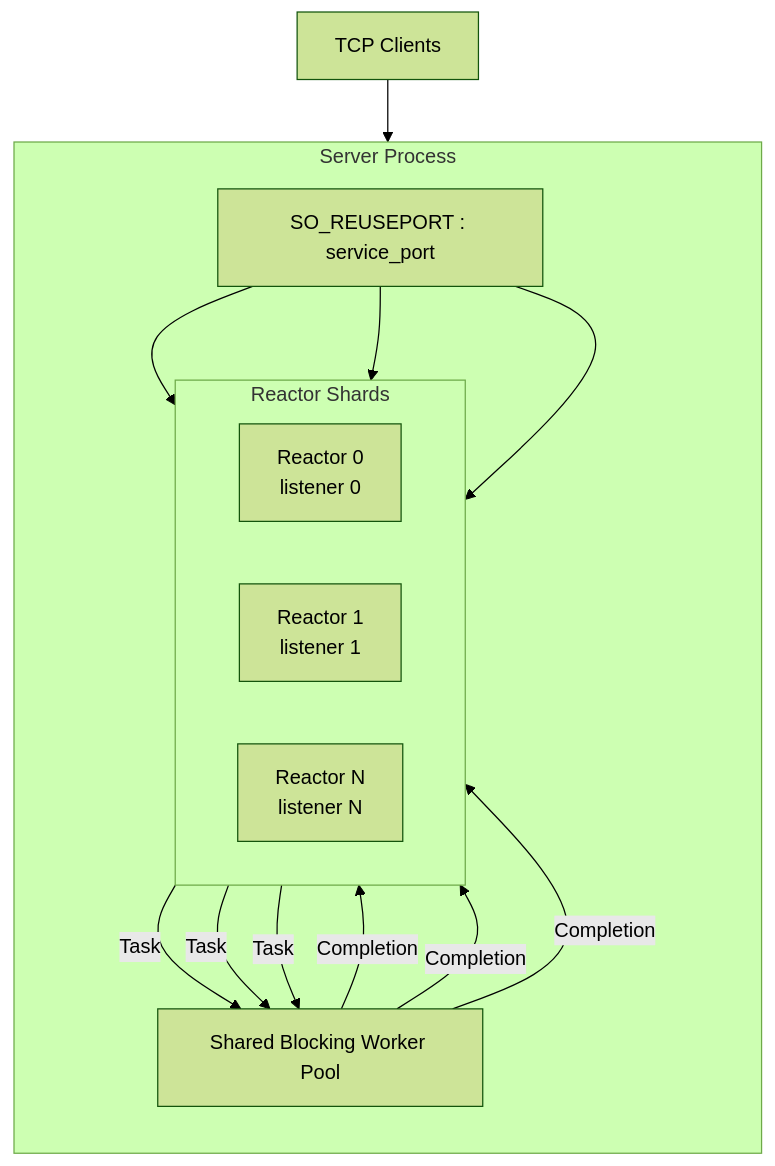
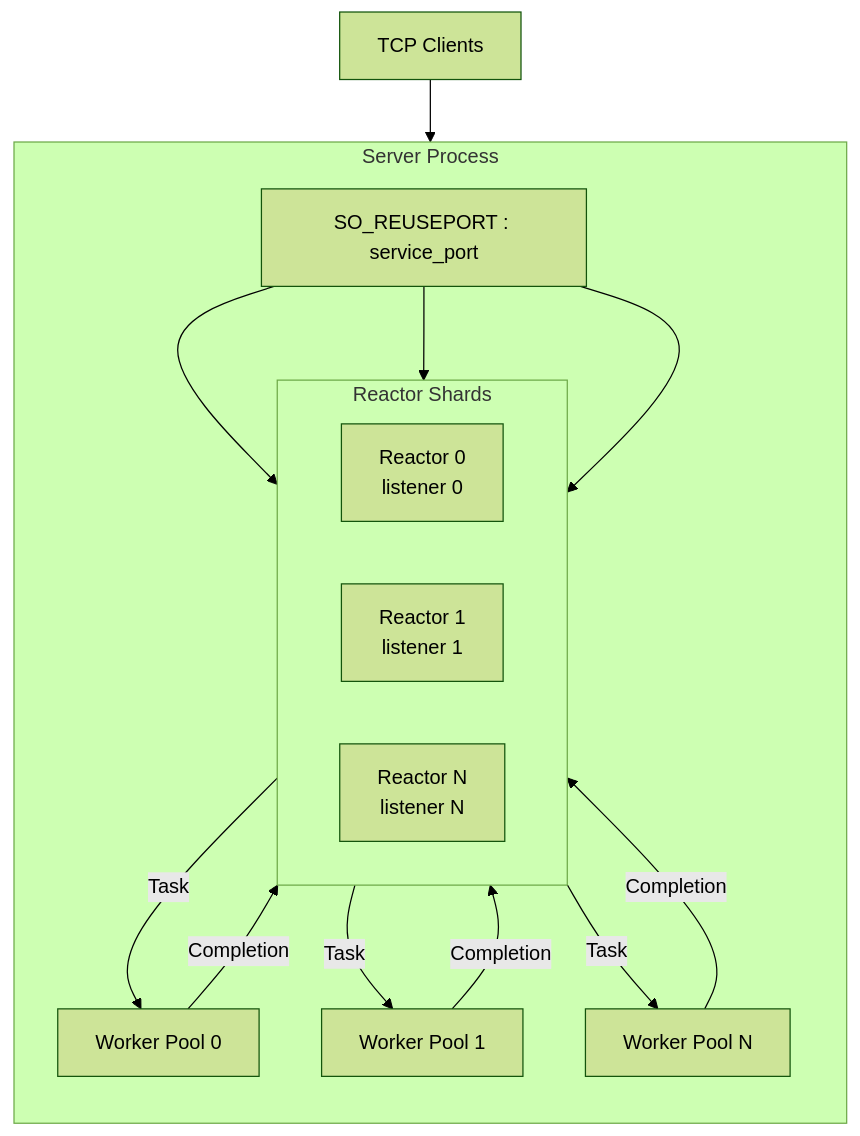
Before and after one commit to MyBlackHole/c-trpc: the second of 3 diagrams in docs/architecture/00-overview.md, drawn with Mermaid (forest theme). The commit also changed other lines of this file, not shown here.

Commit message:
docs: make worker execution shard-local

````diff
--- a/docs/architecture/00-overview.md
+++ b/docs/architecture/00-overview.md
@@ -62,32 +62,34 @@
 ```mermaid
 flowchart TB
     NET["TCP Clients"]
 
     subgraph SERVER["Server Process"]
         direction TB
         L["SO_REUSEPORT : service_port"]
 
         subgraph SHARDS["Reactor Shards"]
             direction LR
             R0["Reactor 0\nlistener 0"]
             R1["Reactor 1\nlistener 1"]
             RN["Reactor N\nlistener N"]
         end
 
-        W["Shared Blocking Worker Pool"]
+        W0["Worker Pool 0"]
+        W1["Worker Pool 1"]
+        WN["Worker Pool N"]
 
         L --> R0
         L --> R1
         L --> RN
 
-        R0 -->|"Task"| W
-        R1 -->|"Task"| W
-        RN -->|"Task"| W
+        R0 -->|"Task"| W0
+        R1 -->|"Task"| W1
+        RN -->|"Task"| WN
 
-        W -->|"Completion"| R0
-        W -->|"Completion"| R1
-        W -->|"Completion"| RN
+        W0 -->|"Completion"| R0
+        W1 -->|"Completion"| R1
+        WN -->|"Completion"| RN
     end
 
     NET --> L
 ```
````
